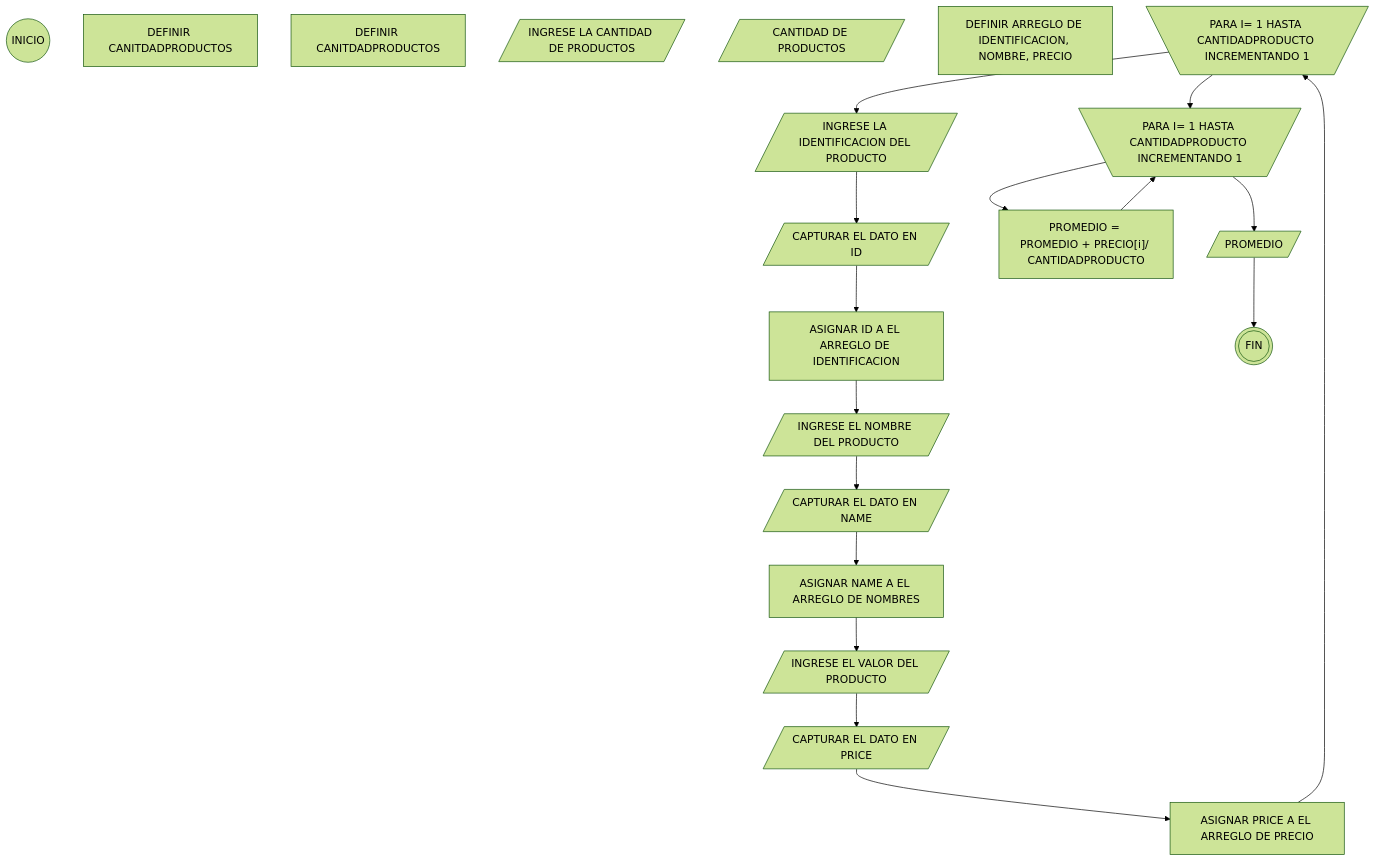
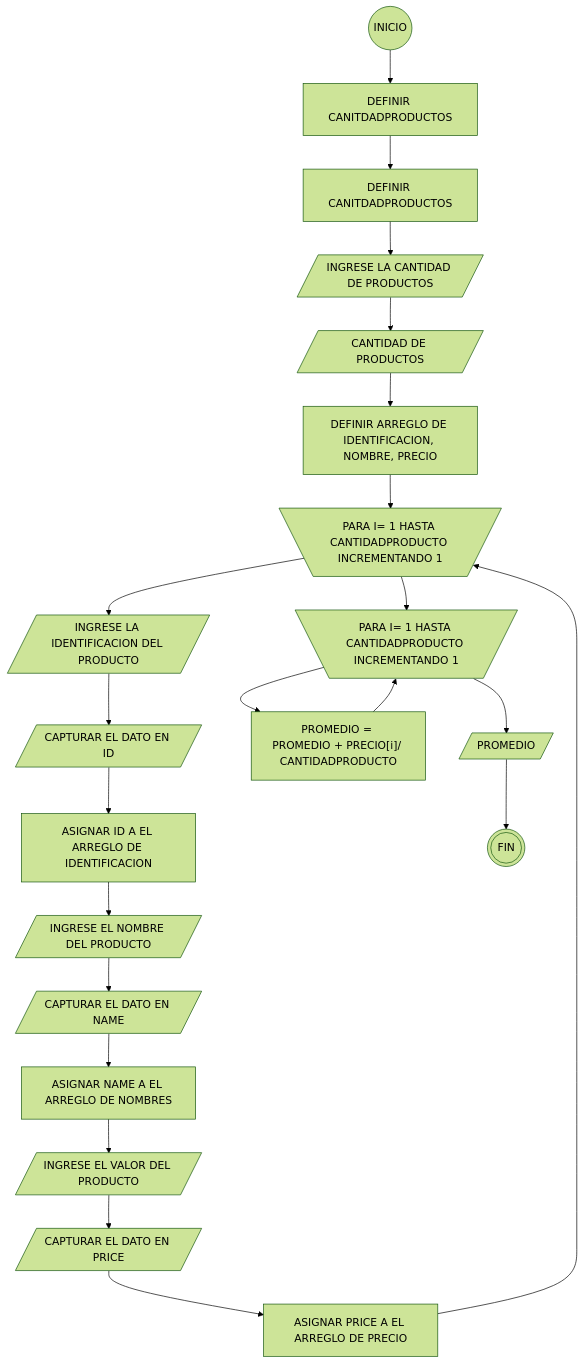
Before and after one commit to Deison12/Taller1.github.io: the diagram in README.MD, drawn with Mermaid (forest theme).

````diff
--- a/README.MD
+++ b/README.MD
@@ -15,43 +15,49 @@
 ```mermaid
  flowchart TD
  A(("INICIO"))
  B[DEFINIR CANITDADPRODUCTOS]
  C[DEFINIR CANITDADPRODUCTOS]
  D[/INGRESE LA CANTIDAD DE PRODUCTOS/]
  E[/CANTIDAD DE PRODUCTOS/]
  F[DEFINIR ARREGLO DE IDENTIFICACION, NOMBRE, PRECIO]
  G[\PARA I= 1 HASTA CANTIDADPRODUCTO INCREMENTANDO 1/]
  H[/INGRESE LA IDENTIFICACION DEL PRODUCTO/]
  I[/CAPTURAR EL DATO EN ID/]
  J[ASIGNAR ID A EL ARREGLO DE IDENTIFICACION]
  K[/INGRESE EL NOMBRE DEL PRODUCTO/]
  L[/CAPTURAR EL DATO EN NAME/]
  Ñ[ASIGNAR NAME A EL ARREGLO DE NOMBRES]
  O[/INGRESE EL VALOR DEL PRODUCTO/]
  P[/CAPTURAR EL DATO EN PRICE/]
  Q[ASIGNAR PRICE A EL ARREGLO DE PRECIO]
  R[\PARA I= 1 HASTA CANTIDADPRODUCTO INCREMENTANDO 1/]
  S["PROMEDIO = PROMEDIO + PRECIO[i]/ CANTIDADPRODUCTO"]
  T[/PROMEDIO/]
  V(((FIN)))
+    A-->B;
+    B-->C;
+    C-->D;
+    D-->E;
+    E-->F;
+    F-->G;
     G-->H;
     H-->I;
     I-->J;
     J-->K;
     K-->L;
     L-->Ñ;
     Ñ-->O;
     O-->P;
     P-->Q;
     Q-->G;
     G-->R;
     R-->S;
     S-->R;
     R-->T;
     T-->V;
     
     
    
     
     
 ```
````
